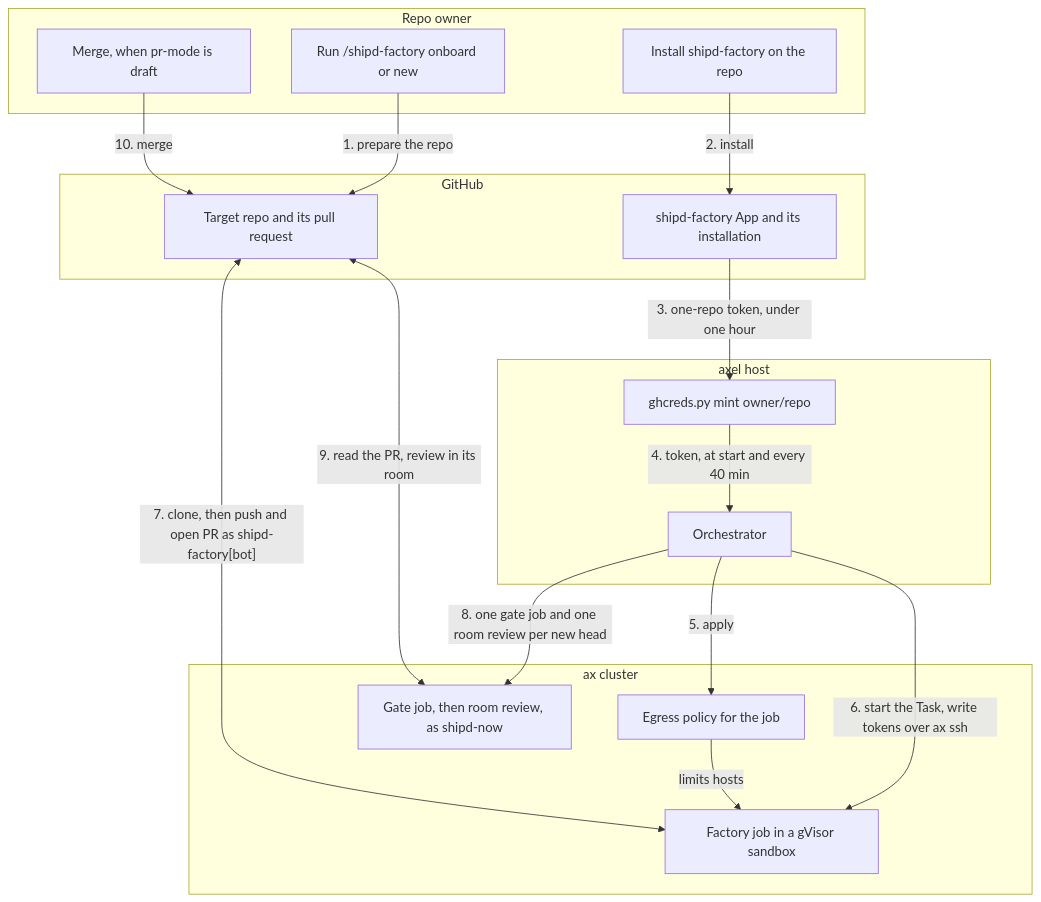
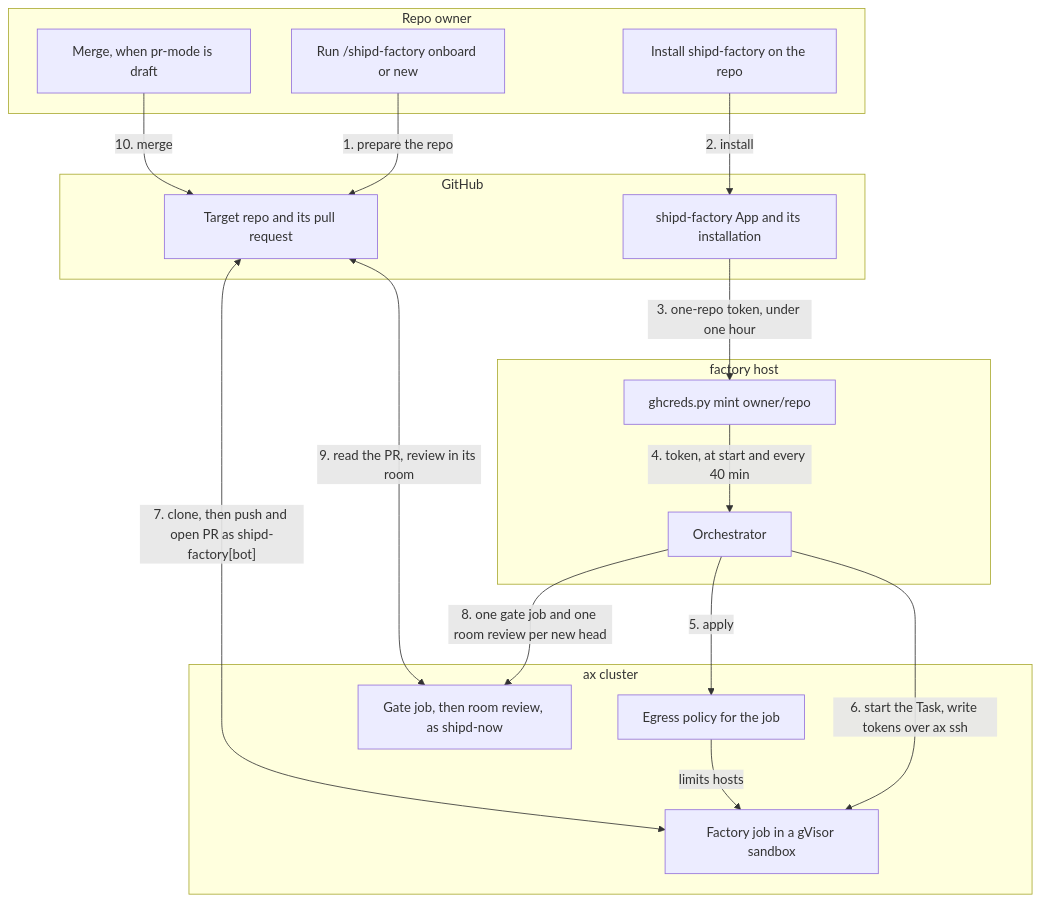
One commit to shipd-now/shipd changed the diagram in docs/shipd-factory.md. Above: the diagram before and after it, drawn with Mermaid. The commit also changed other lines of this file and 18 other files, not shown here.

First line of the commit message:
☕ Scrub the host codename and add the factory setup page (#414)

````diff
--- a/docs/shipd-factory.md
+++ b/docs/shipd-factory.md
@@ -16,32 +18,32 @@
 ```mermaid
 flowchart TD
     subgraph LOwner [Repo owner]
         O1["Run /shipd-factory onboard or new"]
         O2["Install shipd-factory on the repo"]
         O3["Merge, when pr-mode is draft"]
     end
     subgraph LGitHub [GitHub]
         G1["shipd-factory App and its installation"]
         G2["Target repo and its pull request"]
     end
-    subgraph LHost [axel host]
+    subgraph LHost [factory host]
         H1["ghcreds.py mint owner/repo"]
         H2["Orchestrator"]
     end
     subgraph LCluster [ax cluster]
         C1["Egress policy for the job"]
         C2["Factory job in a gVisor sandbox"]
         C3["Gate job, then room review, as shipd-now"]
     end
     O1 -->|"1. prepare the repo"| G2
     O2 -->|"2. install"| G1
     O3 -->|"10. merge"| G2
     G1 -->|"3. one-repo token, under one hour"| H1
     H1 -->|"4. token, at start and every 40 min"| H2
     H2 -->|"5. apply"| C1
     H2 -->|"6. start the Task, write tokens over ax ssh"| C2
     C1 -->|"limits hosts"| C2
     H2 -->|"8. one gate job and one room review per new head"| C3
     G2 <-->|"7. clone, then push and open PR as shipd-factory[bot]"| C2
     G2 <-->|"9. read the PR, review in its room"| C3
 ```
````
